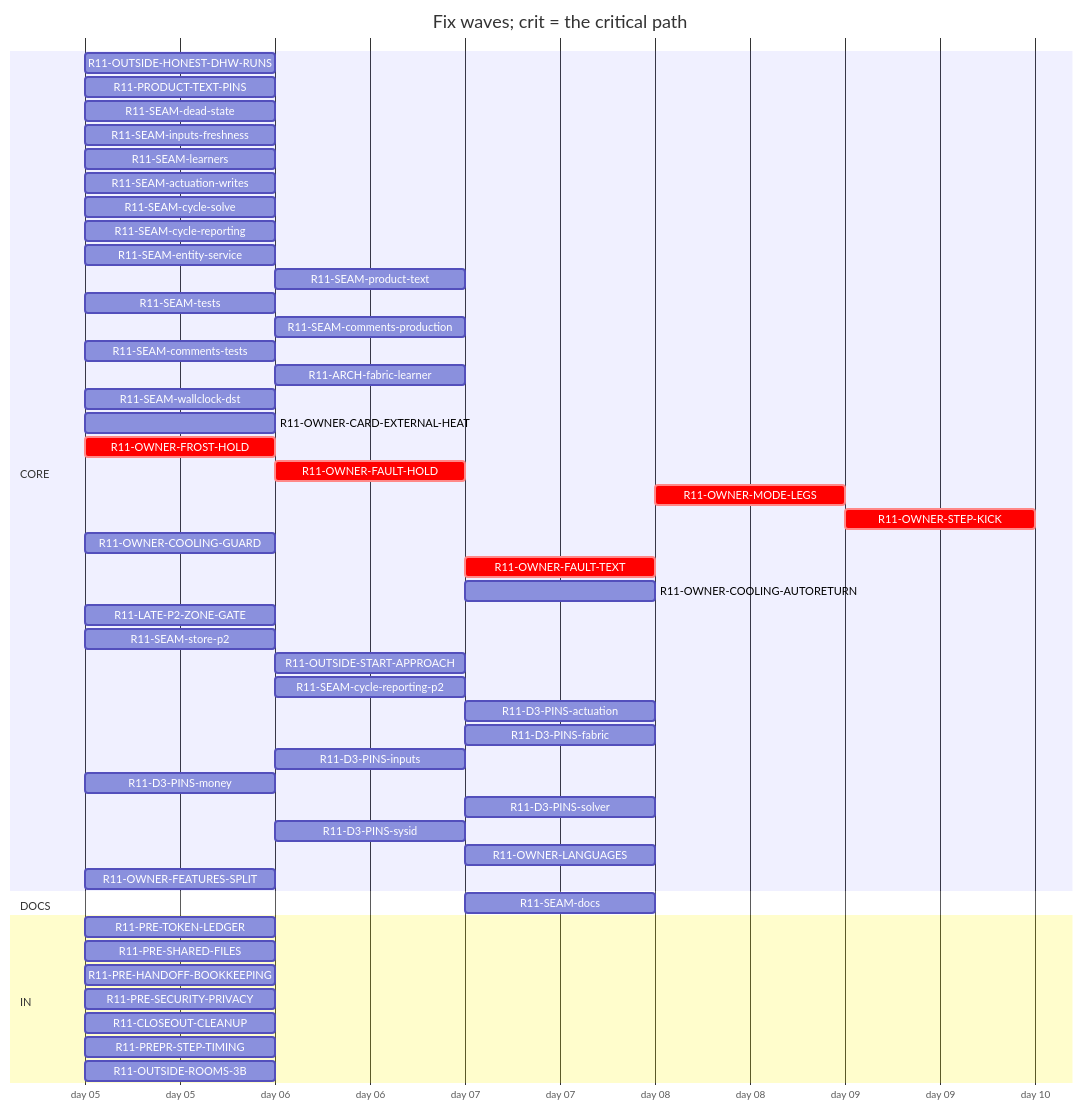
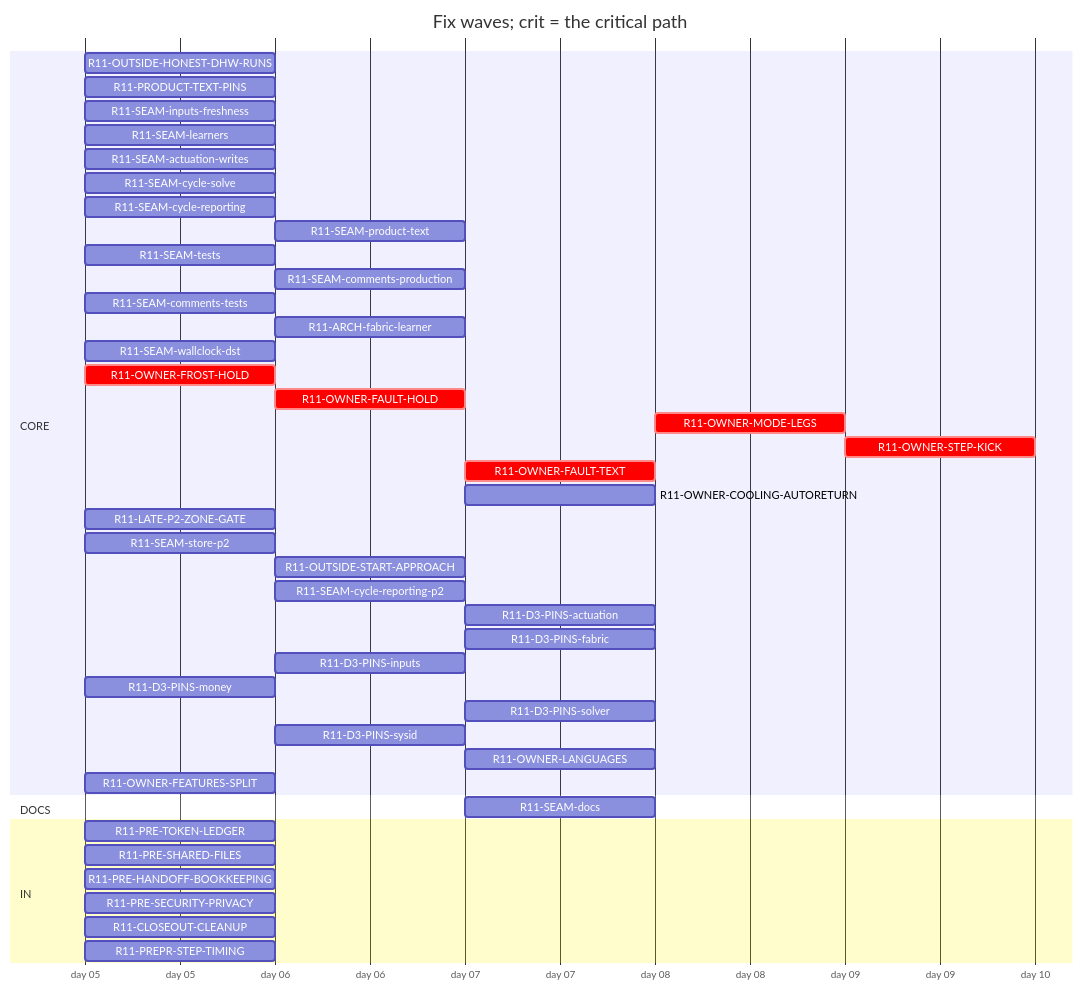
The diagram in handoff/round11/state/PLAN-TABLE.md (tvofi/heatpump_optimizer), drawn with Mermaid before and after one commit. The commit also changed other lines of this file and 4 other files, not shown here.

Commit message:
state: FLOW-BOARD.md, NEXT-SESSION-PROMPT.md, PLAN-TABLE.md, PLAN.html, RESUME-CURRENT.md regenerated (state_docs.py)

````diff
--- a/handoff/round11/state/PLAN-TABLE.md
+++ b/handoff/round11/state/PLAN-TABLE.md
@@ -16,52 +16,47 @@
 ```mermaid
 gantt
   title Fix waves; crit = the critical path
   dateFormat YYYY-MM-DD
   axisFormat day %d
   section CORE
     R11-OUTSIDE-HONEST-DHW-RUNS :r11OUTSIDEHONESTDHWRUNS, 2026-01-05, 1d
     R11-PRODUCT-TEXT-PINS :r11PRODUCTTEXTPINS, 2026-01-05, 1d
-    R11-SEAM-dead-state :r11SEAMdeadstate, 2026-01-05, 1d
     R11-SEAM-inputs-freshness :r11SEAMinputsfreshness, 2026-01-05, 1d
     R11-SEAM-learners :r11SEAMlearners, 2026-01-05, 1d
     R11-SEAM-actuation-writes :r11SEAMactuationwrites, 2026-01-05, 1d
     R11-SEAM-cycle-solve :r11SEAMcyclesolve, 2026-01-05, 1d
     R11-SEAM-cycle-reporting :r11SEAMcyclereporting, 2026-01-05, 1d
-    R11-SEAM-entity-service :r11SEAMentityservice, 2026-01-05, 1d
-    R11-SEAM-product-text :r11SEAMproducttext, after r11SEAMactuationwrites r11SEAMentityservice r11SEAMinputsfreshness r11SEAMcyclesolve r11SEAMcyclereporting, 1d
+    R11-SEAM-product-text :r11SEAMproducttext, after r11SEAMactuationwrites r11SEAMinputsfreshness r11SEAMcyclesolve r11SEAMcyclereporting, 1d
     R11-SEAM-tests :r11SEAMtests, 2026-01-05, 1d
-    R11-SEAM-comments-production :r11SEAMcommentsproduction, after r11SEAMactuationwrites r11SEAMentityservice r11SEAMinputsfreshness r11SEAMcyclesolve r11SEAMcyclereporting, 1d
+    R11-SEAM-comments-production :r11SEAMcommentsproduction, after r11SEAMactuationwrites r11SEAMinputsfreshness r11SEAMcyclesolve r11SEAMcyclereporting, 1d
     R11-SEAM-comments-tests :r11SEAMcommentstests, 2026-01-05, 1d
     R11-ARCH-fabric-learner :r11ARCHfabriclearner, after r11SEAMlearners, 1d
     R11-SEAM-wallclock-dst :r11SEAMwallclockdst, 2026-01-05, 1d
-    R11-OWNER-CARD-EXTERNAL-HEAT :r11OWNERCARDEXTERNALHEAT, 2026-01-05, 1d
     R11-OWNER-FROST-HOLD :crit, r11OWNERFROSTHOLD, 2026-01-05, 1d
     R11-OWNER-FAULT-HOLD :crit, r11OWNERFAULTHOLD, after r11OWNERFROSTHOLD, 1d
     R11-OWNER-MODE-LEGS :crit, r11OWNERMODELEGS, after r11OWNERFAULTTEXT, 1d
     R11-OWNER-STEP-KICK :crit, r11OWNERSTEPKICK, after r11OWNERMODELEGS, 1d
-    R11-OWNER-COOLING-GUARD :r11OWNERCOOLINGGUARD, 2026-01-05, 1d
     R11-OWNER-FAULT-TEXT :crit, r11OWNERFAULTTEXT, after r11OWNERFAULTHOLD, 1d
-    R11-OWNER-COOLING-AUTORETURN :r11OWNERCOOLINGAUTORETURN, after r11OWNERCOOLINGGUARD r11OWNERFAULTHOLD, 1d
+    R11-OWNER-COOLING-AUTORETURN :r11OWNERCOOLINGAUTORETURN, after r11OWNERFAULTHOLD, 1d
     R11-LATE-P2-ZONE-GATE :r11LATEP2ZONEGATE, 2026-01-05, 1d
     R11-SEAM-store-p2 :r11SEAMstorep2, 2026-01-05, 1d
     R11-OUTSIDE-START-APPROACH :r11OUTSIDESTARTAPPROACH, after r11OUTSIDEHONESTDHWRUNS r11SEAMlearners, 1d
     R11-SEAM-cycle-reporting-p2 :r11SEAMcyclereportingp2, after r11SEAMcyclereporting r11SEAMactuationwrites r11SEAMlearners, 1d
     R11-D3-PINS-actuation :r11D3PINSactuation, after r11SEAMactuationwrites r11OWNERFAULTHOLD, 1d
     R11-D3-PINS-fabric :r11D3PINSfabric, after r11ARCHfabriclearner r11SEAMcyclereporting r11OUTSIDESTARTAPPROACH, 1d
     R11-D3-PINS-inputs :r11D3PINSinputs, after r11SEAMinputsfreshness, 1d
     R11-D3-PINS-money :r11D3PINSmoney, 2026-01-05, 1d
     R11-D3-PINS-solver :r11D3PINSsolver, after r11OUTSIDESTARTAPPROACH r11SEAMcyclereporting, 1d
     R11-D3-PINS-sysid :r11D3PINSsysid, after r11SEAMlearners, 1d
     R11-OWNER-LANGUAGES :r11OWNERLANGUAGES, after r11SEAMproducttext, 1d
     R11-OWNER-FEATURES-SPLIT :r11OWNERFEATURESSPLIT, 2026-01-05, 1d
   section DOCS
-    R11-SEAM-docs :r11SEAMdocs, after r11SEAMlearners r11SEAMactuationwrites r11SEAMentityservice r11SEAMinputsfreshness r11SEAMcyclesolve r11SEAMcyclereporting r11SEAMproducttext, 1d
+    R11-SEAM-docs :r11SEAMdocs, after r11SEAMlearners r11SEAMactuationwrites r11SEAMinputsfreshness r11SEAMcyclesolve r11SEAMcyclereporting r11SEAMproducttext, 1d
   section IN
     R11-PRE-TOKEN-LEDGER :r11PRETOKENLEDGER, 2026-01-05, 1d
     R11-PRE-SHARED-FILES :r11PRESHAREDFILES, 2026-01-05, 1d
     R11-PRE-HANDOFF-BOOKKEEPING :r11PREHANDOFFBOOKKEEPING, 2026-01-05, 1d
     R11-PRE-SECURITY-PRIVACY :r11PRESECURITYPRIVACY, 2026-01-05, 1d
     R11-CLOSEOUT-CLEANUP :r11CLOSEOUTCLEANUP, 2026-01-05, 1d
     R11-PREPR-STEP-TIMING :r11PREPRSTEPTIMING, 2026-01-05, 1d
-    R11-OUTSIDE-ROOMS-3B :r11OUTSIDEROOMS3B, 2026-01-05, 1d
 ```
````
